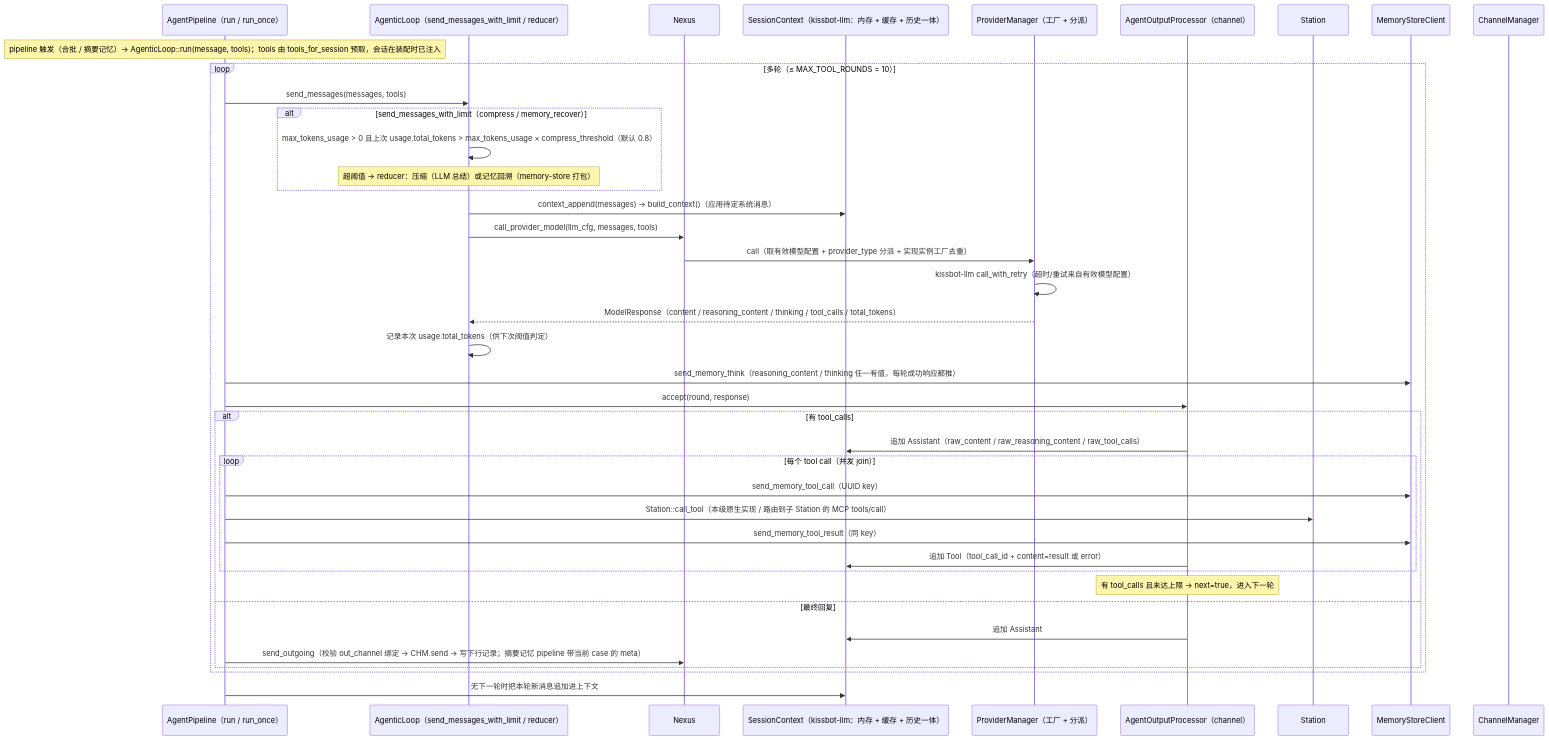
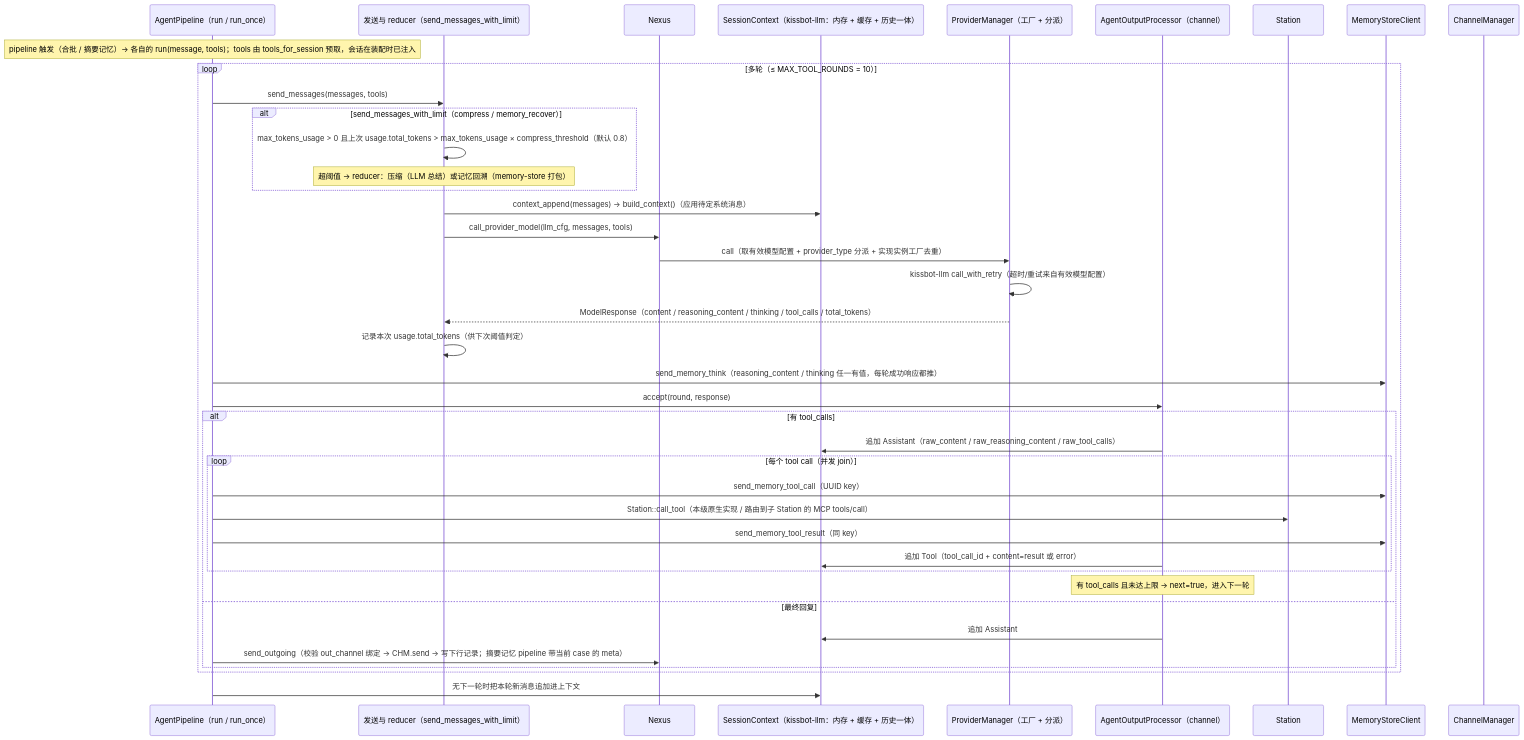
The fourth of 5 diagrams in docs/spec/agent-modules.md (coldcloude/kissbot), drawn with Mermaid before and after one commit. The commit also changed other lines of this file and 7 other files, not shown here.

````diff
--- a/docs/spec/agent-modules.md
+++ b/docs/spec/agent-modules.md
@@ -184,43 +185,43 @@
 ```mermaid
 sequenceDiagram
     participant PL as AgentPipeline（run / run_once）
-    participant MSN as AgenticLoop（send_messages_with_limit / reducer）
+    participant MSN as 发送与 reducer（send_messages_with_limit）
     participant CO as Nexus
     participant CTX as SessionContext（kissbot-llm：内存 + 缓存 + 历史一体）
     participant PRV as ProviderManager（工厂 + 分派）
     participant OUT as AgentOutputProcessor（channel）
     participant ST as Station
     participant MSC as MemoryStoreClient
     participant CHM as ChannelManager
 
-    Note over PL: pipeline 触发（合批 / 摘要记忆）→ AgenticLoop::run(message, tools)；tools 由 tools_for_session 预取，会话在装配时已注入
+    Note over PL: pipeline 触发（合批 / 摘要记忆）→ 各自的 run(message, tools)；tools 由 tools_for_session 预取，会话在装配时已注入
     loop 多轮（≤ MAX_TOOL_ROUNDS = 10）
         PL->>MSN: send_messages(messages, tools)
         alt send_messages_with_limit（compress / memory_recover）
             MSN->>MSN: max_tokens_usage > 0 且上次 usage.total_tokens > max_tokens_usage × compress_threshold（默认 0.8）
             Note over MSN: 超阈值 → reducer：压缩（LLM 总结）或记忆回溯（memory-store 打包）
         end
         MSN->>CTX: context_append(messages) → build_context()（应用待定系统消息）
         MSN->>CO: call_provider_model(llm_cfg, messages, tools)
         CO->>PRV: call（取有效模型配置 + provider_type 分派 + 实现实例工厂去重）
         PRV->>PRV: kissbot-llm call_with_retry（超时/重试来自有效模型配置）
         PRV-->>MSN: ModelResponse（content / reasoning_content / thinking / tool_calls / total_tokens）
         MSN->>MSN: 记录本次 usage.total_tokens（供下次阈值判定）
         PL->>MSC: send_memory_think（reasoning_content / thinking 任一有值，每轮成功响应都推）
         PL->>OUT: accept(round, response)
         alt 有 tool_calls
             OUT->>CTX: 追加 Assistant（raw_content / raw_reasoning_content / raw_tool_calls）
             loop 每个 tool call（并发 join）
                 PL->>MSC: send_memory_tool_call（UUID key）
                 PL->>ST: Station::call_tool（本级原生实现 / 路由到子 Station 的 MCP tools/call）
                 PL->>MSC: send_memory_tool_result（同 key）
                 OUT->>CTX: 追加 Tool（tool_call_id + content=result 或 error）
             end
             Note over OUT: 有 tool_calls 且未达上限 → next=true，进入下一轮
         else 最终回复
             OUT->>CTX: 追加 Assistant
             PL->>CO: send_outgoing（校验 out_channel 绑定 → CHM.send → 写下行记录；摘要记忆 pipeline 带当前 case 的 meta）
         end
     end
     PL->>CTX: 无下一轮时把本轮新消息追加进上下文
 ```
````
